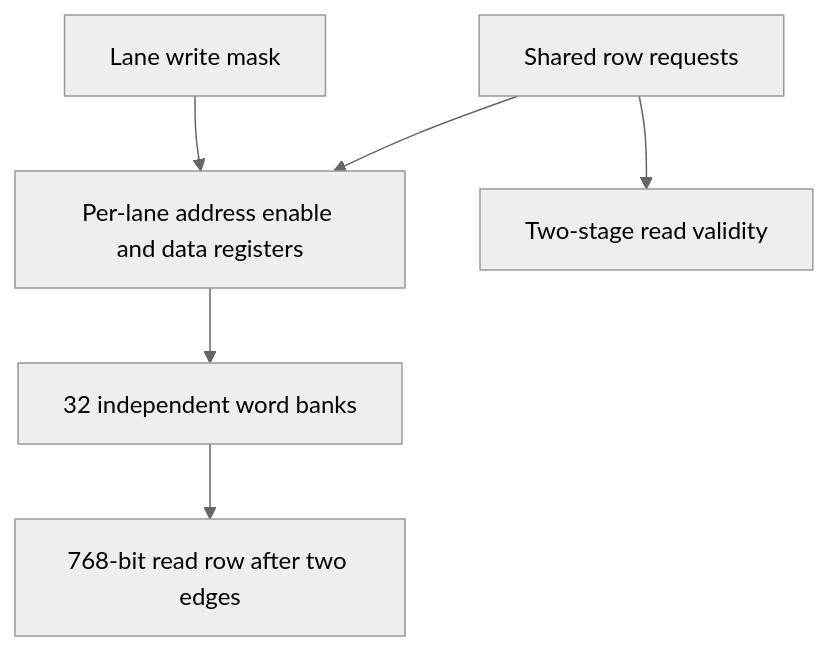
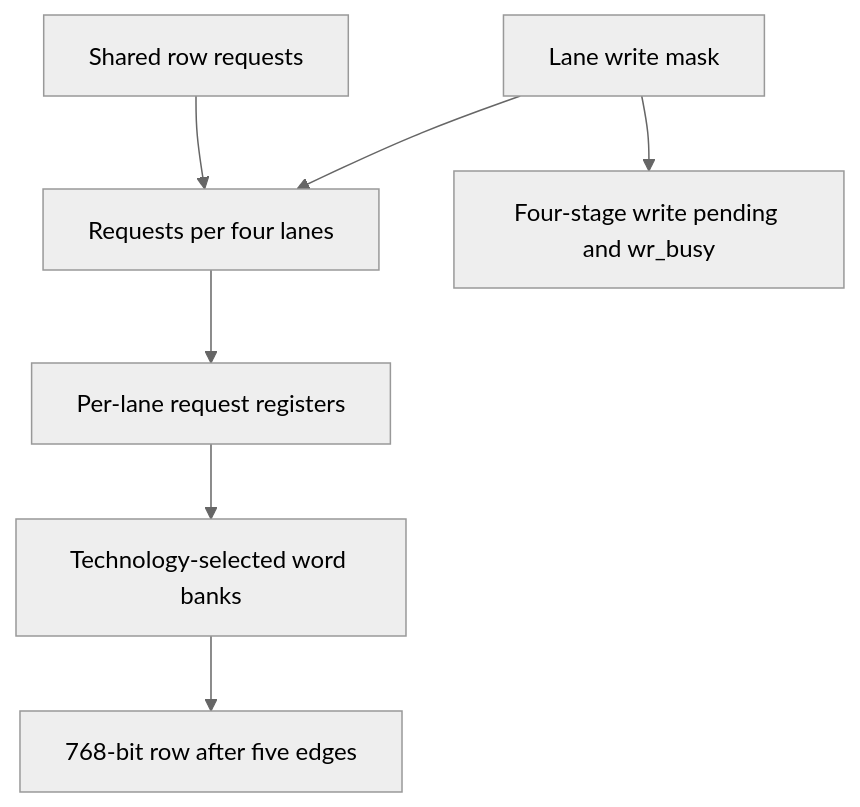
The diagram in docs/source_guide/blocks/llm_bank_ram.sv.md (nguyennhutkhanhtom/NPU), drawn with Mermaid (neutral theme) before and after one commit. The commit also changed other lines of this file and 441 other files, not shown here.

````diff
--- a/docs/source_guide/blocks/llm_bank_ram.sv.md
+++ b/docs/source_guide/blocks/llm_bank_ram.sv.md
@@ -13,8 +13,9 @@
 ```mermaid
 flowchart TB
-    REQ[Shared row requests] --> LOCAL[Per-lane address enable and data registers]
-    MASK[Lane write mask] --> LOCAL
-    LOCAL --> BANK[32 independent word banks]
-    BANK --> DATA[768-bit read row after two edges]
-    REQ --> VALID[Two-stage read validity]
+    REQ[Shared row requests] --> GROUP[Requests per four lanes]
+    MASK[Lane write mask] --> GROUP
+    GROUP --> LOCAL[Per-lane request registers]
+    LOCAL --> BANK[Technology-selected word banks]
+    BANK --> DATA[768-bit row after five edges]
+    MASK --> DRAIN[Four-stage write pending and wr_busy]
 ```
````
